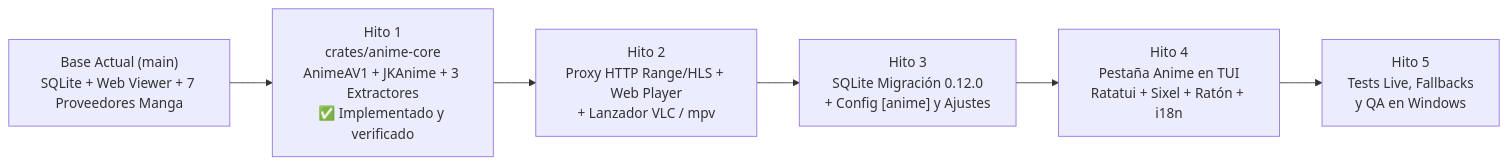
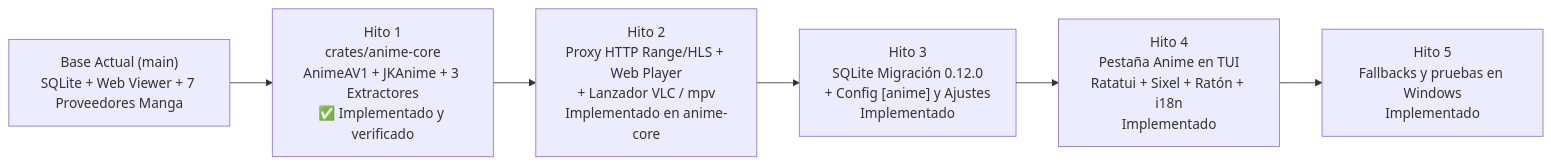
Before and after one commit to tomahawk1103/manga-tui: the first of 2 diagrams in ANIME_ROADMAP.md, drawn with Mermaid. The commit also changed other lines of this file and 30 other files, not shown here.

Commit message:
feat(anime): complete Hitos 2-5 playback server, SQLite history, config, and TUI Anime tab

````diff
--- a/ANIME_ROADMAP.md
+++ b/ANIME_ROADMAP.md
@@ -35,11 +35,11 @@
 ```mermaid
 flowchart LR
     Base["Base Actual (main)<br/>SQLite + Web Viewer + 7 Proveedores Manga"]
     H1["Hito 1<br/>crates/anime-core<br/>AnimeAV1 + JKAnime + 3 Extractores<br/>✅ Implementado y verificado"]
-    H2["Hito 2<br/>Proxy HTTP Range/HLS + Web Player<br/>+ Lanzador VLC / mpv"]
-    H3["Hito 3<br/>SQLite Migración 0.12.0<br/>+ Config [anime] y Ajustes"]
-    H4["Hito 4<br/>Pestaña Anime en TUI<br/>Ratatui + Sixel + Ratón + i18n"]
-    H5["Hito 5<br/>Tests Live, Fallbacks<br/>y QA en Windows"]
+    H2["Hito 2<br/>Proxy HTTP Range/HLS + Web Player<br/>+ Lanzador VLC / mpv<br/>Implementado en anime-core"]
+    H3["Hito 3<br/>SQLite Migración 0.12.0<br/>+ Config [anime] y Ajustes<br/>Implementado"]
+    H4["Hito 4<br/>Pestaña Anime en TUI<br/>Ratatui + Sixel + Ratón + i18n<br/>Implementado"]
+    H5["Hito 5<br/>Fallbacks y pruebas en Windows<br/>Implementado"]
 
     Base --> H1 --> H2 --> H3 --> H4 --> H5
 ```
````
